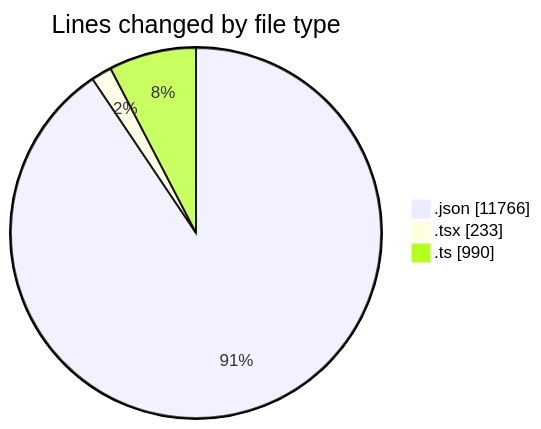
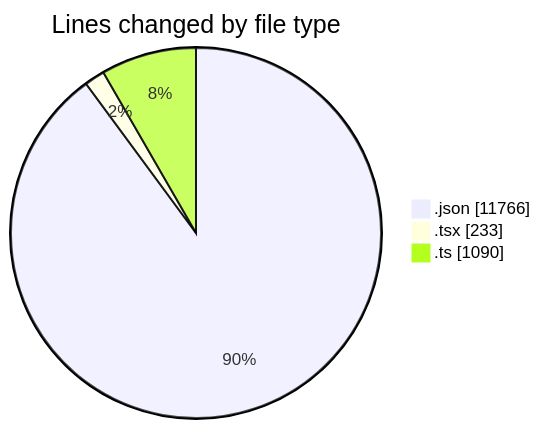
One commit to nxtqubesakshisongat/code-tracking changed the first of 2 diagrams in 2026-04-16/airfeed-analytics-dashboard/README.md. Above: the diagram before and after it, drawn with Mermaid. The commit also changed other lines of this file and 1 other file, not shown here.

````diff
--- a/2026-04-16/airfeed-analytics-dashboard/README.md
+++ b/2026-04-16/airfeed-analytics-dashboard/README.md
@@ -25,7 +25,7 @@
 ```mermaid
 pie showData
 title Lines changed by file type
 ".json" : 11766
 ".tsx" : 233
-".ts" : 990
+".ts" : 1090
 ```
````
